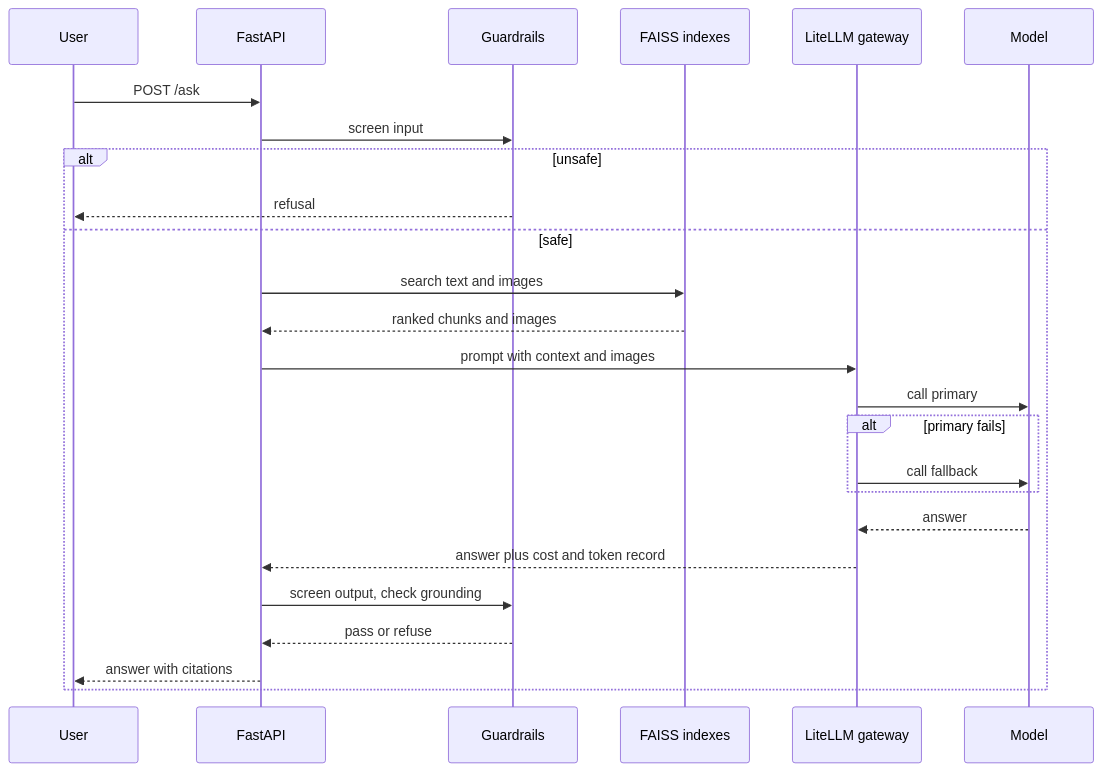
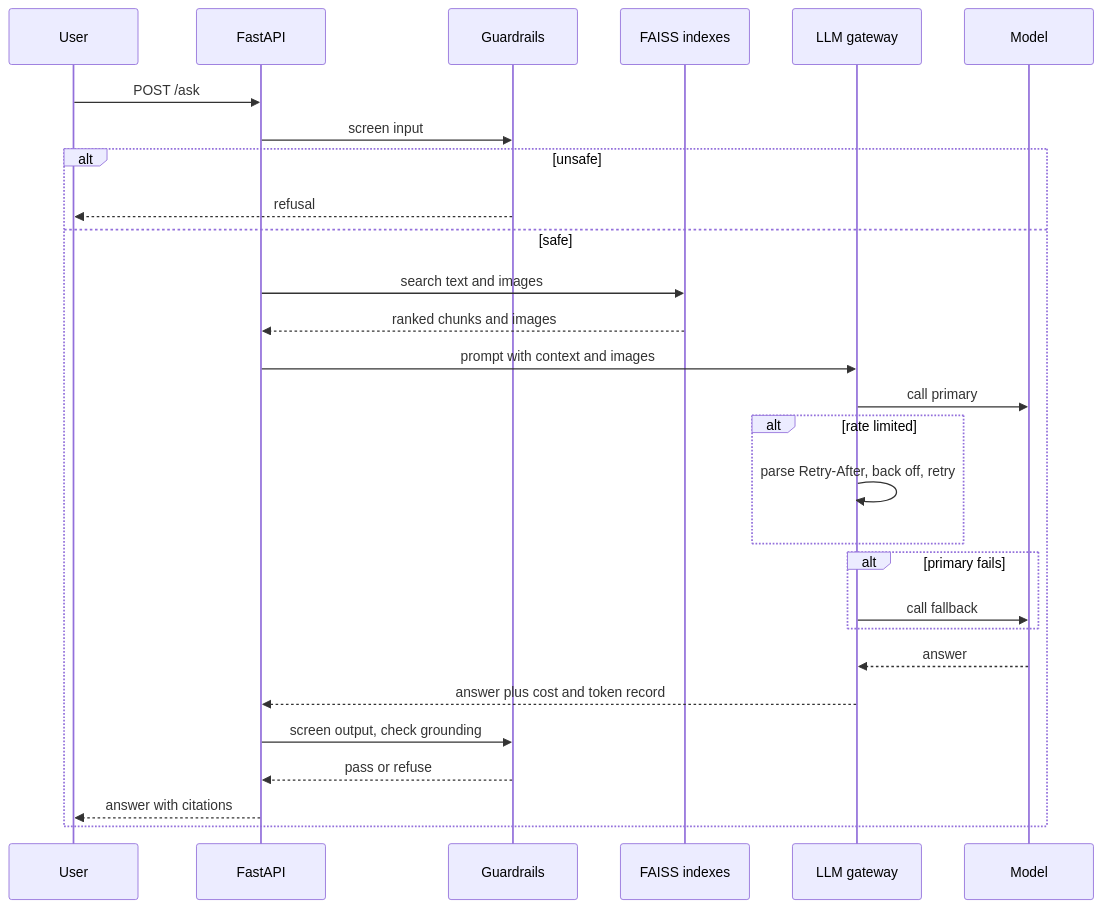
One commit to Amith-Ganta/multimodal-rag-guardrails changed the second of 7 diagrams in README.md. Above: the diagram before and after it, drawn with Mermaid. The commit also changed other lines of this file and 13 other files, not shown here.

````diff
--- a/README.md
+++ b/README.md
@@ -136,28 +151,31 @@
 ```mermaid
 sequenceDiagram
     participant U as User
     participant API as FastAPI
     participant G as Guardrails
     participant IX as FAISS indexes
-    participant GW as LiteLLM gateway
+    participant GW as LLM gateway
     participant M as Model
 
     U->>API: POST /ask
     API->>G: screen input
     alt unsafe
         G-->>U: refusal
     else safe
         API->>IX: search text and images
         IX-->>API: ranked chunks and images
         API->>GW: prompt with context and images
         GW->>M: call primary
+        alt rate limited
+            GW->>GW: parse Retry-After, back off, retry
+        end
         alt primary fails
             GW->>M: call fallback
         end
         M-->>GW: answer
         GW-->>API: answer plus cost and token record
         API->>G: screen output, check grounding
         G-->>API: pass or refuse
         API-->>U: answer with citations
     end
 ```
````
